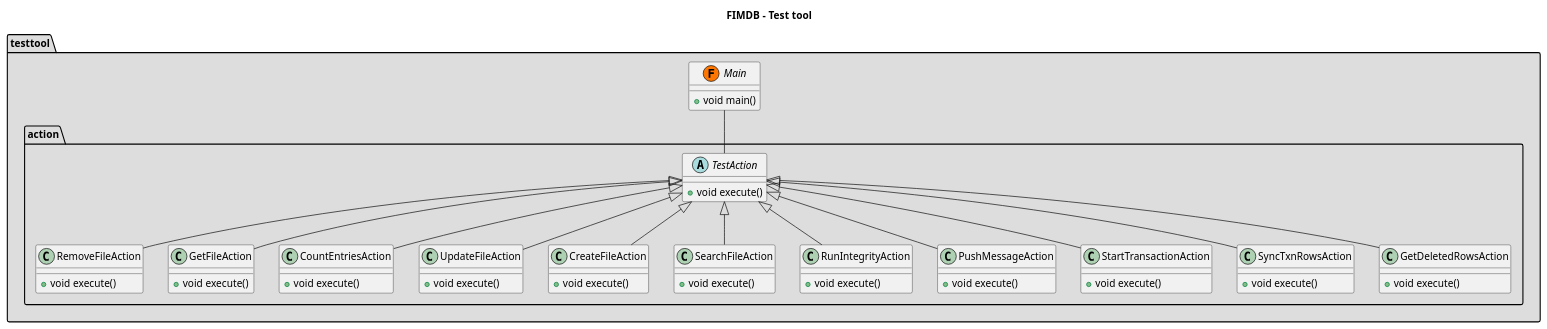
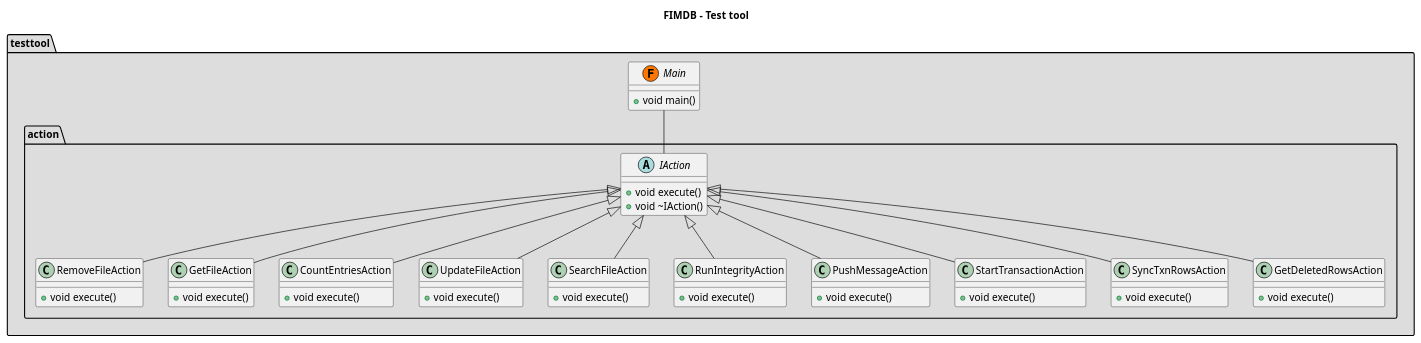
One commit to wazuh/wazuh-agent changed the diagram in architecture/FIM/db/001-class-testtool.puml. Above: the diagram before and after it, drawn with PlantUML. The commit also changed 4 other files, not shown here.

Commit message:
Update design graphs

```diff
--- a/architecture/FIM/db/001-class-testtool.puml
+++ b/architecture/FIM/db/001-class-testtool.puml
@@ -5,59 +5,56 @@
-@startuml
+@startuml class-testtool
 title FIMDB - Test tool
 package "testtool" <<folder>> #DDDDDD {
     package "action" <<Folder>> {
-        abstract TestAction {
-            +void execute()
+        abstract IAction {
+            + void execute()
+            + void ~IAction()
         }
         class "RemoveFileAction" {
             +void execute()
         }
         class "GetFileAction" {
             +void execute()
         }
         class "CountEntriesAction" {
             +void execute()
         }
         class "UpdateFileAction" {
-            +void execute()
-        }
-        class "CreateFileAction" {
             +void execute()
         }
         class "SearchFileAction" {
             +void execute()
         }
         class "RunIntegrityAction" {
             +void execute()
         }
         class "PushMessageAction" {
             +void execute()
         }
         class "StartTransactionAction" {
             +void execute()
         }
         class "SyncTxnRowsAction" {
             +void execute()
         }
         class "GetDeletedRowsAction" {
             +void execute()
         }
     }
     interface "Main" <<(F,#FF7700)>> {
         +void main()
     }
 }
 
-TestAction <|-- RemoveFileAction
-TestAction <|-- GetFileAction
-TestAction <|-- CountEntriesAction
-TestAction <|-- UpdateFileAction
-TestAction <|-- CreateFileAction
-TestAction <|-- SearchFileAction
-TestAction <|-- RunIntegrityAction
-TestAction <|-- PushMessageAction
-TestAction <|-- StartTransactionAction
-TestAction <|-- SyncTxnRowsAction
-TestAction <|-- GetDeletedRowsAction
-Main -- TestAction
+IAction <|-- RemoveFileAction
+IAction <|-- GetFileAction
+IAction <|-- CountEntriesAction
+IAction <|-- UpdateFileAction
+IAction <|-- SearchFileAction
+IAction <|-- RunIntegrityAction
+IAction <|-- PushMessageAction
+IAction <|-- StartTransactionAction
+IAction <|-- SyncTxnRowsAction
+IAction <|-- GetDeletedRowsAction
+Main -- IAction
 @enduml
```
